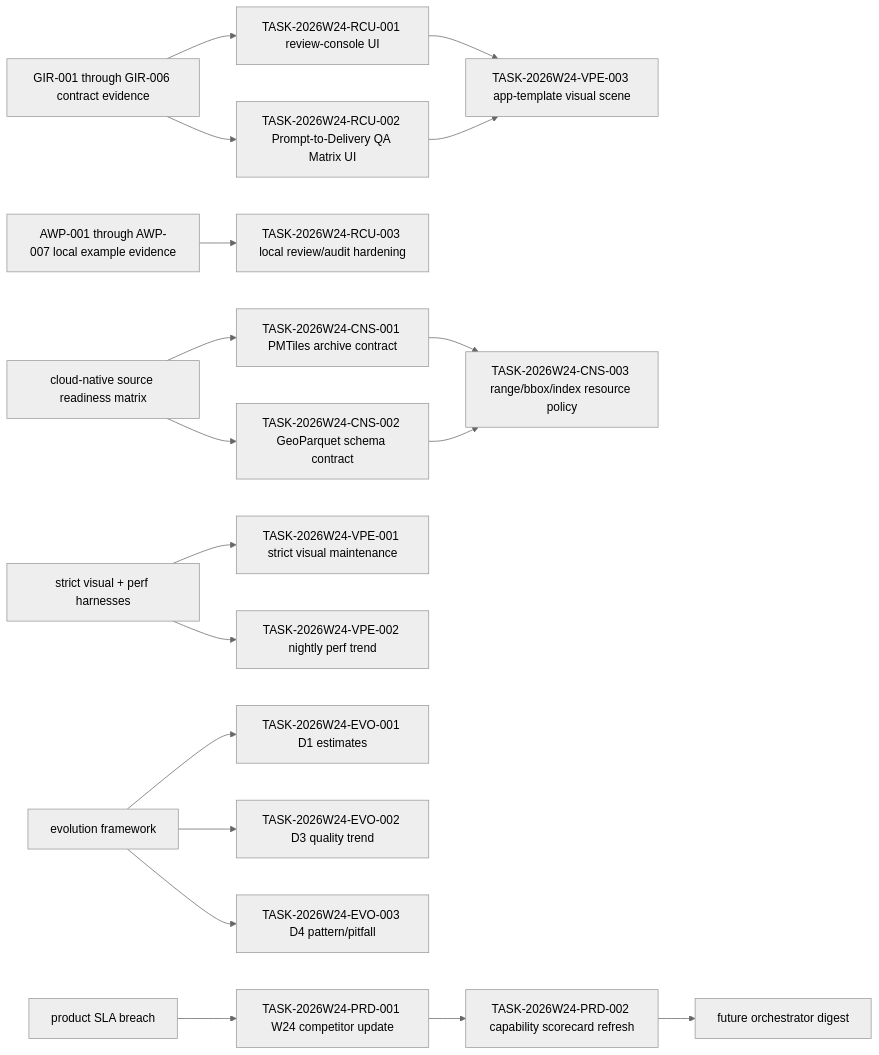
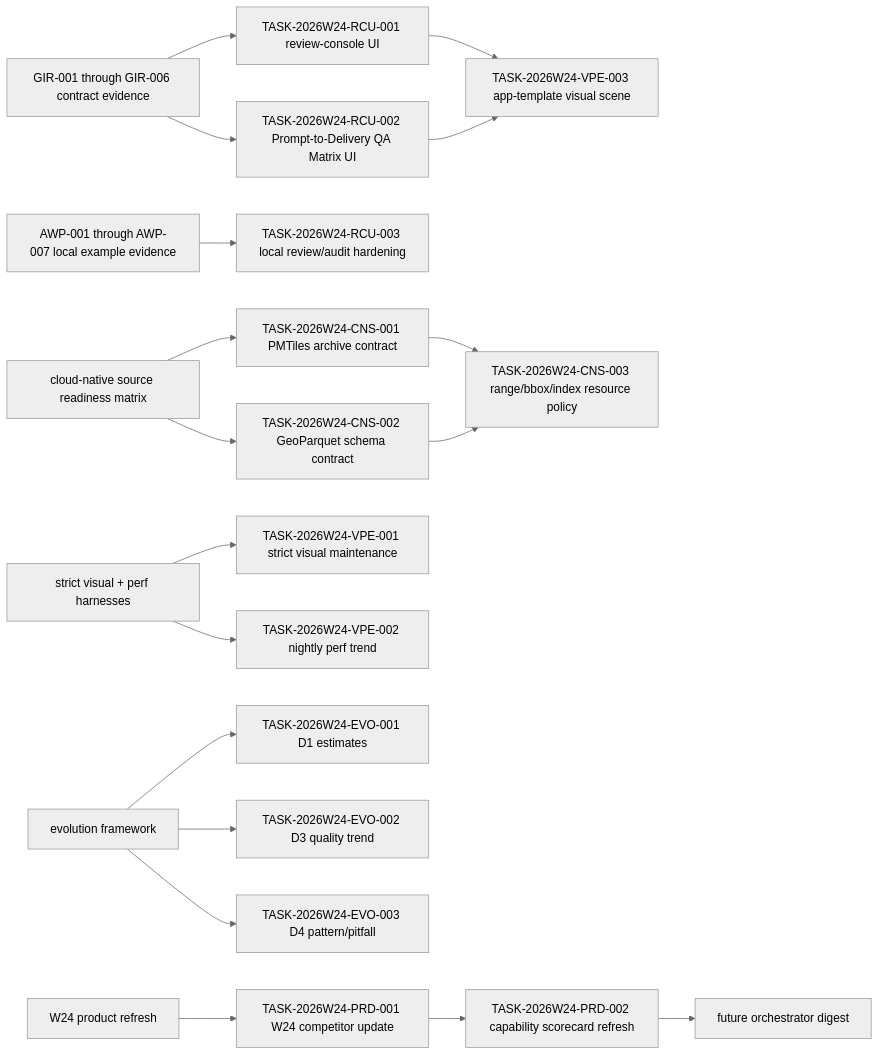
The second of 19 diagrams in docs/planning/dependency-graph.md (HYNCM/gis-engine), drawn with Mermaid (neutral theme) before and after one commit. The commit also changed other lines of this file and 11 other files, not shown here.

````diff
--- a/docs/planning/dependency-graph.md
+++ b/docs/planning/dependency-graph.md
@@ -144,20 +151,20 @@
 ```mermaid
 flowchart LR
   A["GIR-001 through GIR-006 contract evidence"] --> B["TASK-2026W24-RCU-001 review-console UI"]
   A --> C["TASK-2026W24-RCU-002 Prompt-to-Delivery QA Matrix UI"]
   D["AWP-001 through AWP-007 local example evidence"] --> E["TASK-2026W24-RCU-003 local review/audit hardening"]
   B --> F["TASK-2026W24-VPE-003 app-template visual scene"]
   C --> F
   G["cloud-native source readiness matrix"] --> H["TASK-2026W24-CNS-001 PMTiles archive contract"]
   G --> I["TASK-2026W24-CNS-002 GeoParquet schema contract"]
   H --> J["TASK-2026W24-CNS-003 range/bbox/index resource policy"]
   I --> J
   K["strict visual + perf harnesses"] --> L["TASK-2026W24-VPE-001 strict visual maintenance"]
   K --> M["TASK-2026W24-VPE-002 nightly perf trend"]
   N["evolution framework"] --> O["TASK-2026W24-EVO-001 D1 estimates"]
   N --> P["TASK-2026W24-EVO-002 D3 quality trend"]
   N --> Q["TASK-2026W24-EVO-003 D4 pattern/pitfall"]
-  R["product SLA breach"] --> S["TASK-2026W24-PRD-001 W24 competitor update"]
+  R["W24 product refresh"] --> S["TASK-2026W24-PRD-001 W24 competitor update"]
   S --> T["TASK-2026W24-PRD-002 capability scorecard refresh"]
   T --> U["future orchestrator digest"]
 ```
````
